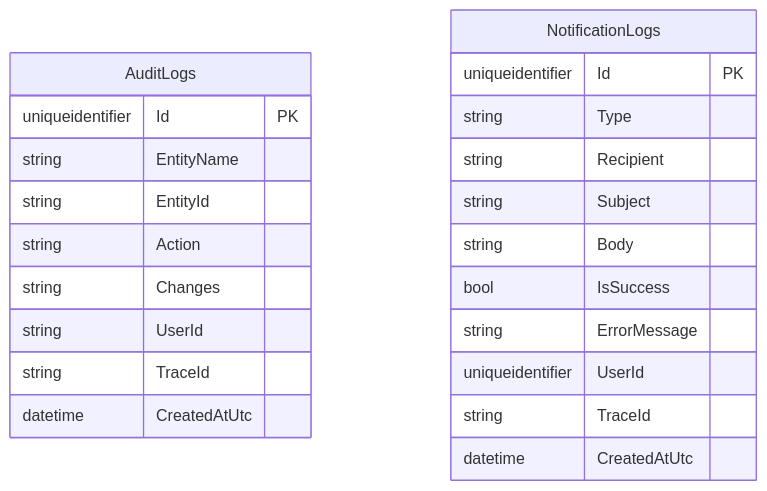
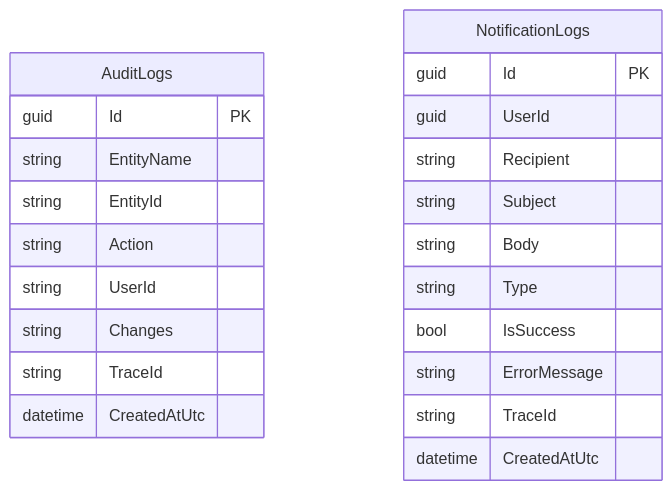
Before and after one commit to TirtharajBarma/cred-vault: the fifth of 6 diagrams in src/docs/DB-FOREIGN-KEY-ARCHITECTURE.md, drawn with Mermaid. The commit also changed other lines of this file and 26 other files, not shown here.

````diff
--- a/src/docs/DB-FOREIGN-KEY-ARCHITECTURE.md
+++ b/src/docs/DB-FOREIGN-KEY-ARCHITECTURE.md
@@ -334,26 +696,26 @@
 ```mermaid
 erDiagram
     AuditLogs {
-        uniqueidentifier Id PK
+        guid Id PK
         string EntityName
         string EntityId
         string Action
+        string UserId
         string Changes
-        string UserId
         string TraceId
         datetime CreatedAtUtc
     }
-
+    
     NotificationLogs {
-        uniqueidentifier Id PK
-        string Type
+        guid Id PK
+        guid UserId
         string Recipient
         string Subject
         string Body
+        string Type
         bool IsSuccess
         string ErrorMessage
-        uniqueidentifier UserId
         string TraceId
         datetime CreatedAtUtc
     }
 ```
````
